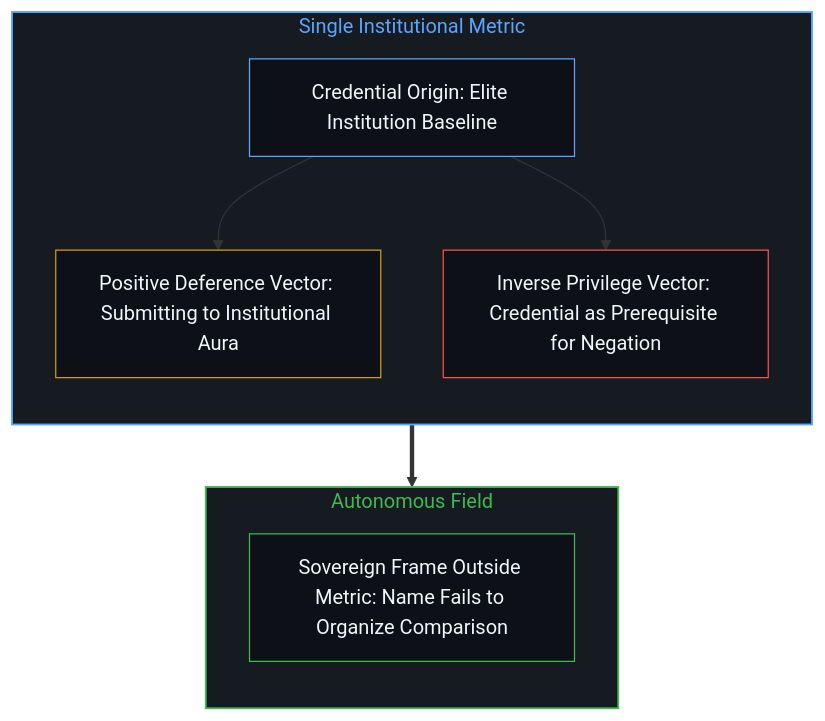
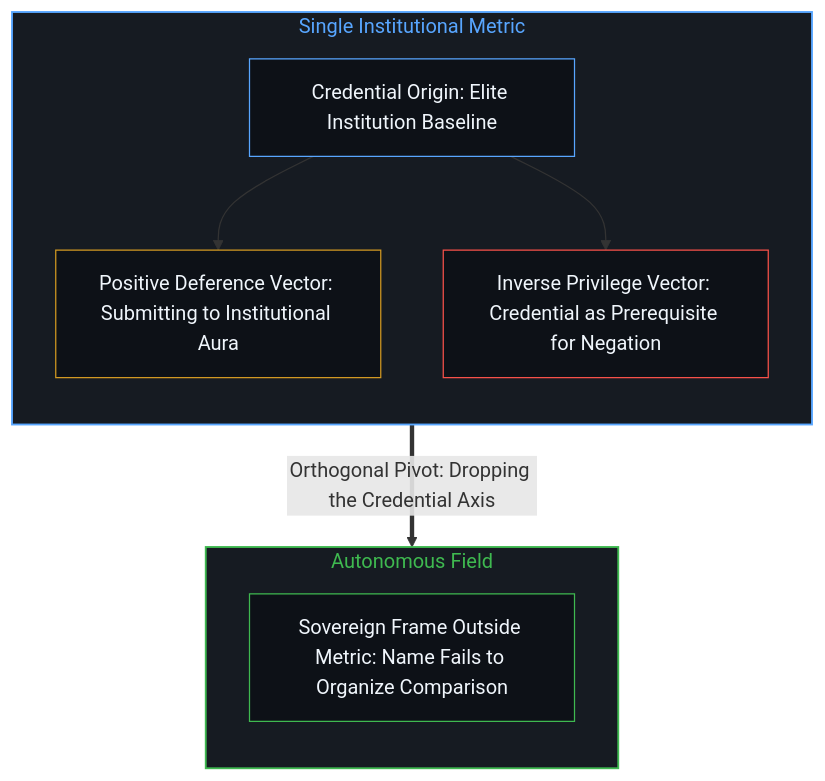
The second of 8 diagrams in content/posts/the-unexamined-critic.md (powerpig99/not-a-toe), drawn with Mermaid before and after one commit. The commit also changed other lines of this file and 7 other files, not shown here.

````diff
--- a/content/posts/the-unexamined-critic.md
+++ b/content/posts/the-unexamined-critic.md
@@ -43,25 +38,22 @@
 ```mermaid
 flowchart TD
     subgraph S_Frame ["Single Institutional Metric"]
         direction TB
         Origin["Credential Origin: Elite Institution Baseline"]
         PosVec["Positive Deference Vector: Submitting to Institutional Aura"]
         NegVec["Inverse Privilege Vector: Credential as Prerequisite for Negation"]
         Origin --> PosVec
         Origin --> NegVec
     end
-
     subgraph S_Autonomous ["Autonomous Field"]
         direction TB
         FreeMind["Sovereign Frame Outside Metric: Name Fails to Organize Comparison"]
     end
-
-    S_Frame ==> S_Autonomous
-
+    S_Frame ==>|"Orthogonal Pivot: Dropping the Credential Axis"| S_Autonomous
     style S_Frame fill:#161b22,stroke:#58a6ff,stroke-width:1.5px,color:#58a6ff
     style S_Autonomous fill:#161b22,stroke:#3fb950,stroke-width:1.5px,color:#3fb950
     style Origin fill:#0d1117,stroke:#58a6ff,stroke-width:1px,color:#f0f6fc
     style PosVec fill:#0d1117,stroke:#d29922,stroke-width:1px,color:#f0f6fc
     style NegVec fill:#0d1117,stroke:#f85149,stroke-width:1px,color:#f0f6fc
     style FreeMind fill:#0d1117,stroke:#3fb950,stroke-width:1px,color:#f0f6fc
 ```
````
